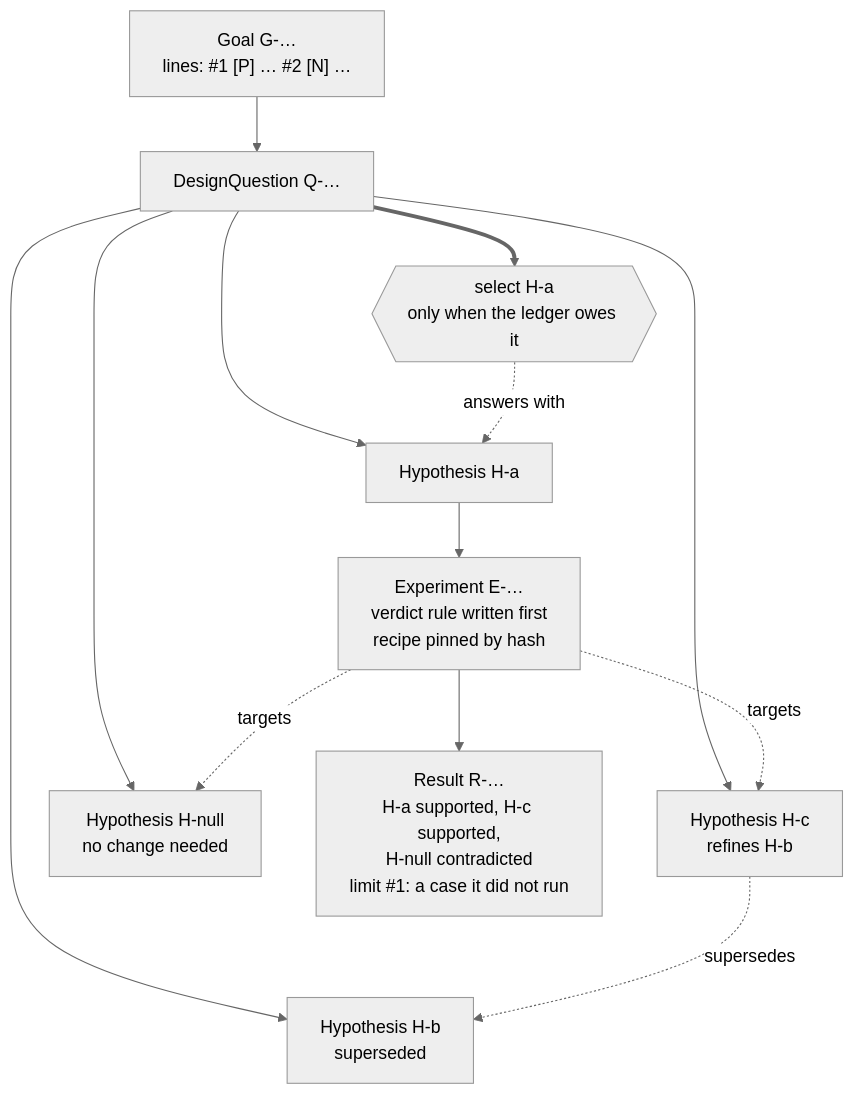
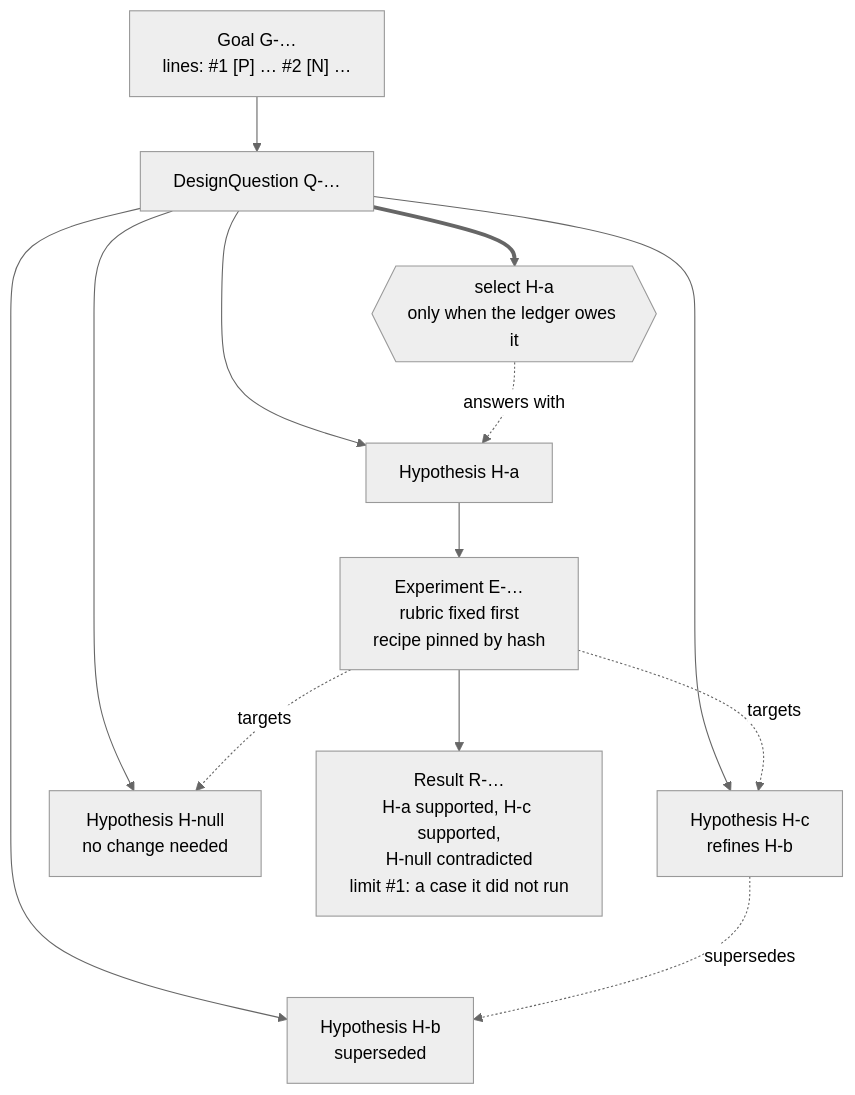
The first of 2 diagrams in README.md (dat9uy/hyp), drawn with Mermaid (neutral theme) before and after one commit. The commit also changed other lines of this file and 12 other files, not shown here.

First line of the commit message:
docs: replace the retired word verdict rule with rubric, and ship prose-only skill changes as plain PRs

````diff
--- a/README.md
+++ b/README.md
@@ -32,22 +32,22 @@
 ```mermaid
 flowchart TD
   G["Goal G-…<br/>lines: #1 [P] … #2 [N] …"]
   Q["DesignQuestion Q-…"]
   HA["Hypothesis H-a"]
   HB["Hypothesis H-b<br/>superseded"]
   HC["Hypothesis H-c<br/>refines H-b"]
   H0["Hypothesis H-null<br/>no change needed"]
-  E["Experiment E-…<br/>verdict rule written first<br/>recipe pinned by hash"]
+  E["Experiment E-…<br/>rubric fixed first<br/>recipe pinned by hash"]
   R["Result R-…<br/>H-a supported, H-c supported,<br/>H-null contradicted<br/>limit #1: a case it did not run"]
   S{{"select H-a<br/>only when the ledger owes it"}}
 
   G --> Q
   Q --> HA & HB & HC & H0
   HC -. supersedes .-> HB
   HA --> E
   E -. targets .-> HC
   E -. targets .-> H0
   E --> R
   Q ==> S
   S -. answers with .-> HA
 ```
````
